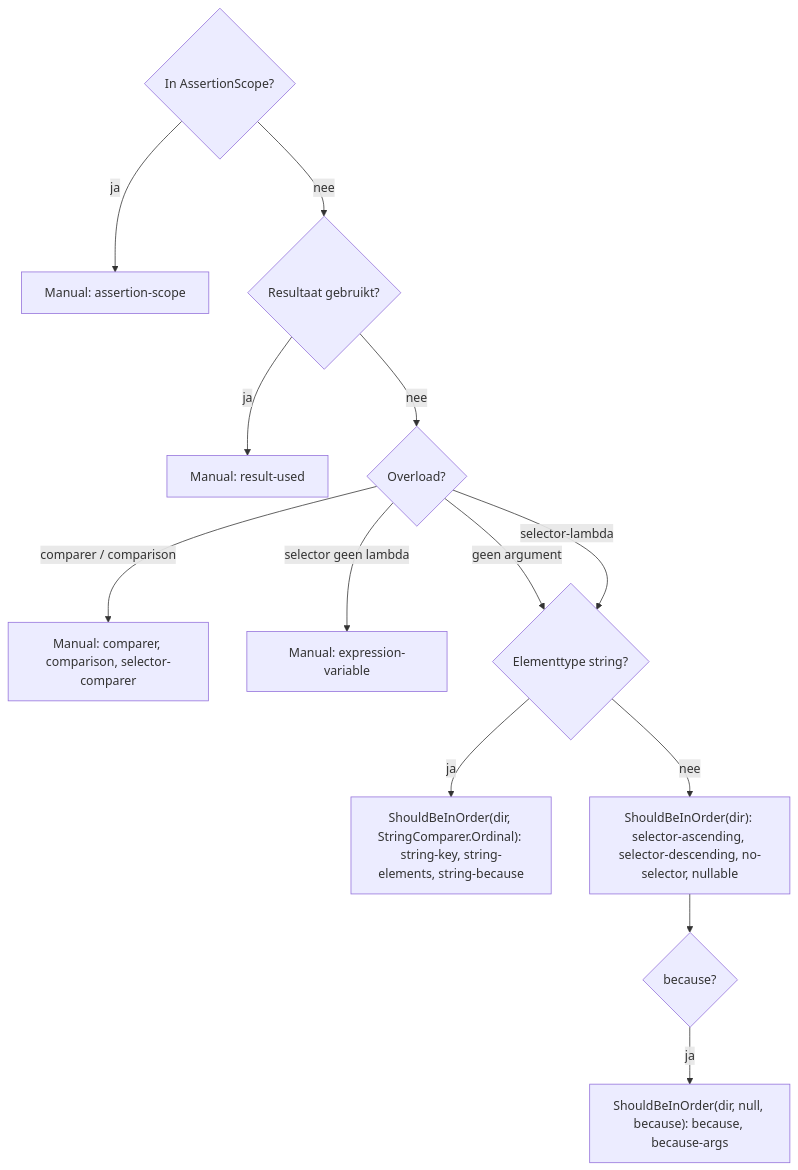
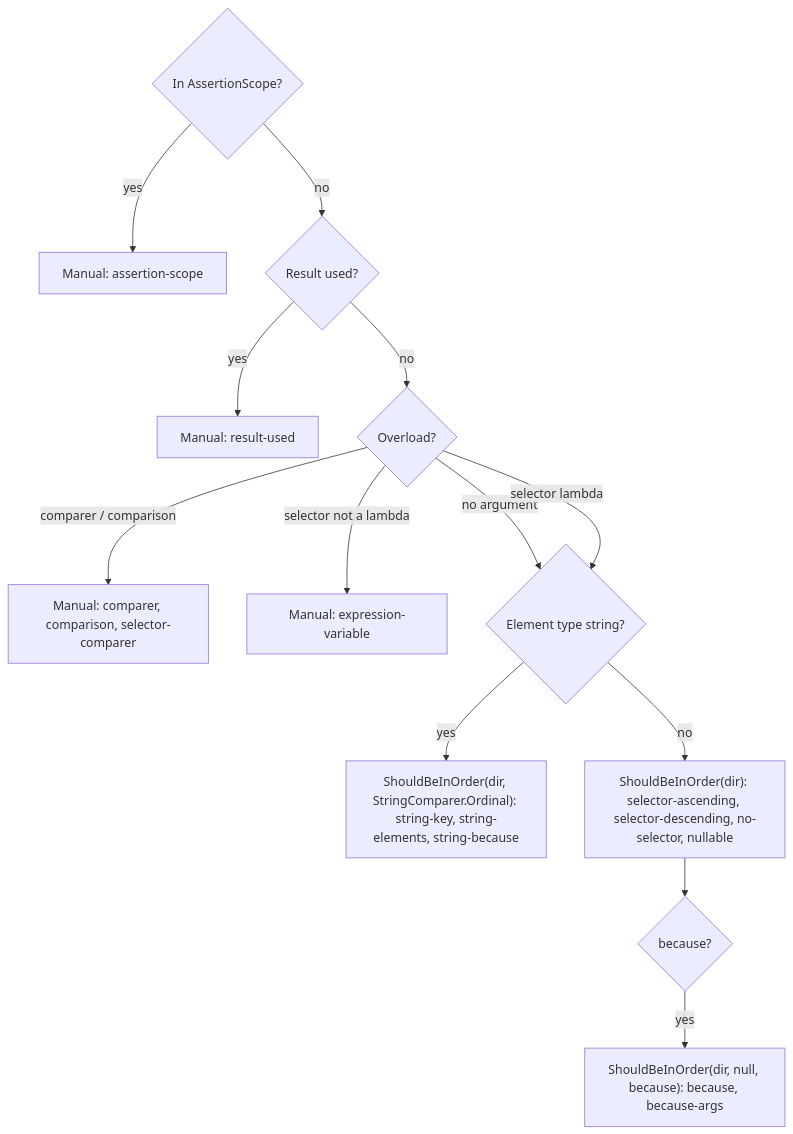
Before and after one commit to ATkingma/unshackle: the third of 3 diagrams in docs/projectinfo/patterns/fa-order-modellen.md, drawn with Mermaid. The commit also changed other lines of this file and 415 other files, not shown here.

````diff
--- a/docs/projectinfo/patterns/fa-order-modellen.md
+++ b/docs/projectinfo/patterns/fa-order-modellen.md
@@ -44,15 +44,15 @@
 ```mermaid
 flowchart TD
-    A{In AssertionScope?} -- ja --> M1[Manual: assertion-scope]
-    A -- nee --> B{Resultaat gebruikt?}
-    B -- ja --> M2[Manual: result-used]
-    B -- nee --> C{Overload?}
+    A{In AssertionScope?} -- yes --> M1[Manual: assertion-scope]
+    A -- no --> B{Result used?}
+    B -- yes --> M2[Manual: result-used]
+    B -- no --> C{Overload?}
     C -- comparer / comparison --> M3[Manual: comparer, comparison, selector-comparer]
-    C -- selector geen lambda --> M4[Manual: expression-variable]
-    C -- geen argument --> K{Elementtype string?}
-    C -- selector-lambda --> K
-    K -- ja --> F1["ShouldBeInOrder(dir, StringComparer.Ordinal): string-key, string-elements, string-because"]
-    K -- nee --> F2["ShouldBeInOrder(dir): selector-ascending, selector-descending, no-selector, nullable"]
+    C -- selector not a lambda --> M4[Manual: expression-variable]
+    C -- no argument --> K{Element type string?}
+    C -- selector lambda --> K
+    K -- yes --> F1["ShouldBeInOrder(dir, StringComparer.Ordinal): string-key, string-elements, string-because"]
+    K -- no --> F2["ShouldBeInOrder(dir): selector-ascending, selector-descending, no-selector, nullable"]
     F2 --> BE{because?}
-    BE -- ja --> F3["ShouldBeInOrder(dir, null, because): because, because-args"]
+    BE -- yes --> F3["ShouldBeInOrder(dir, null, because): because, because-args"]
 ```
````
